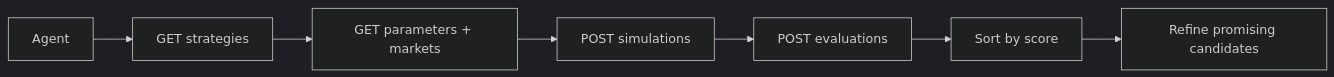
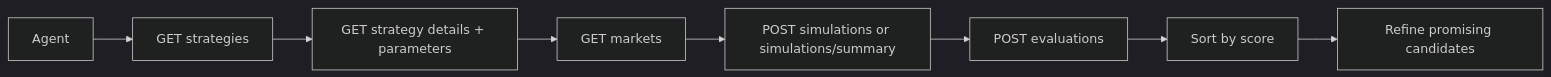
One commit to Nilay27/alphaengine-agent-skills changed the diagram in README.md. Above: the diagram before and after it, drawn with Mermaid (dark theme). The commit also changed other lines of this file and 3 other files, not shown here.

````diff
--- a/README.md
+++ b/README.md
@@ -54,9 +54,10 @@
 ```mermaid
 flowchart LR
     A[Agent] --> B[GET strategies]
-    B --> C[GET parameters + markets]
-    C --> D[POST simulations]
-    D --> E[POST evaluations]
-    E --> F[Sort by score]
-    F --> G[Refine promising candidates]
+    B --> C[GET strategy details + parameters]
+    C --> D[GET markets]
+    D --> E[POST simulations or simulations/summary]
+    E --> F[POST evaluations]
+    F --> G[Sort by score]
+    G --> H[Refine promising candidates]
 ```
````
